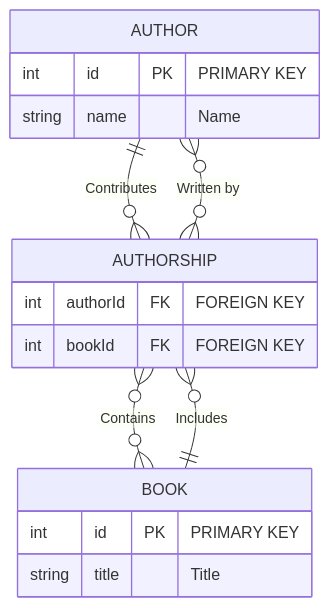
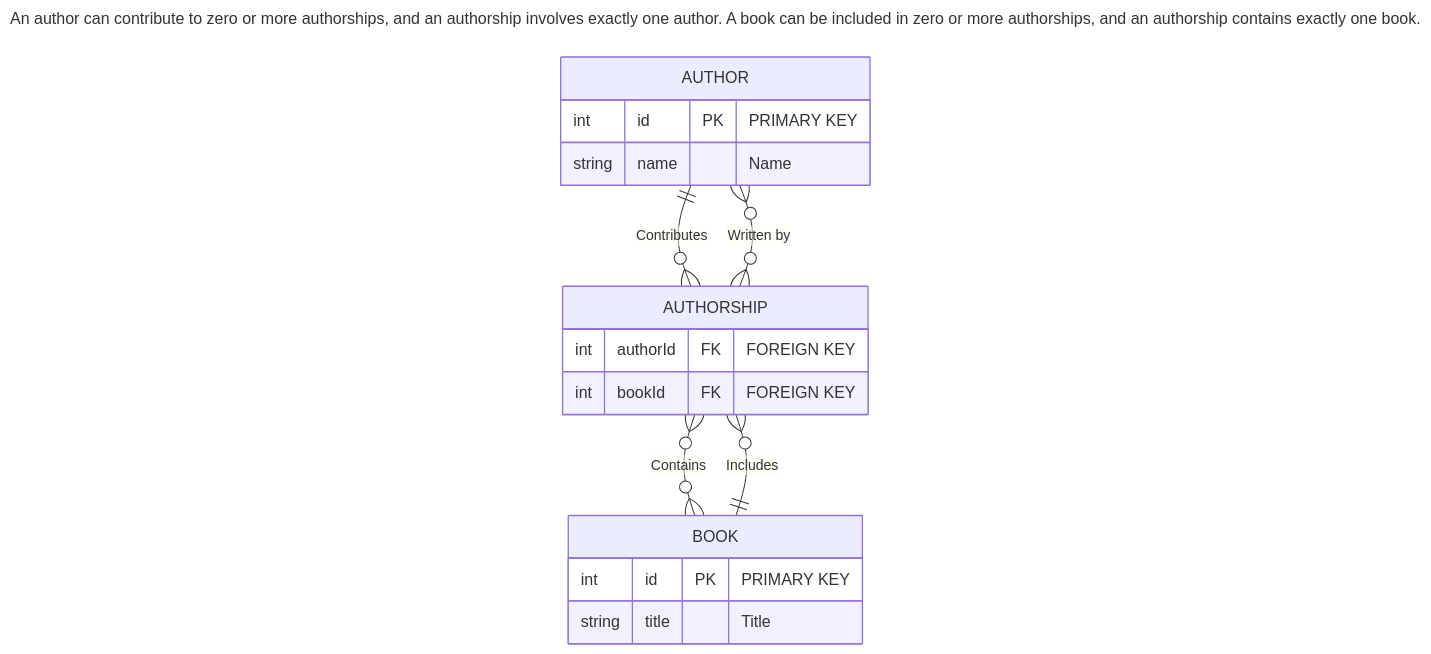
One commit to ahauser16/express-pg-relationship-demo changed the seventh of 7 diagrams in README.MD. Above: the diagram before and after it, drawn with Mermaid. The commit also changed other lines of this file, not shown here.

Commit message:
update README.MD file with better diagrams

````diff
--- a/README.MD
+++ b/README.MD
@@ -390,19 +400,22 @@
 ```mermaid
+---
+title: "An author can contribute to zero or more authorships, and an authorship involves exactly one author. A book can be included in zero or more authorships, and an authorship contains exactly one book."
+---
 erDiagram
     AUTHOR {
         int id PK "PRIMARY KEY"
         string name "Name"
     }
     BOOK {
         int id PK "PRIMARY KEY"
         string title "Title"
     }
     AUTHORSHIP {
         int authorId FK "FOREIGN KEY"
         int bookId FK "FOREIGN KEY"
     }
     AUTHOR ||--o{ AUTHORSHIP : "Contributes"
     BOOK ||--o{ AUTHORSHIP : "Includes"
     AUTHORSHIP }o--o{ AUTHOR : "Written by"
     AUTHORSHIP }o--o{ BOOK : "Contains"
 ```
````
